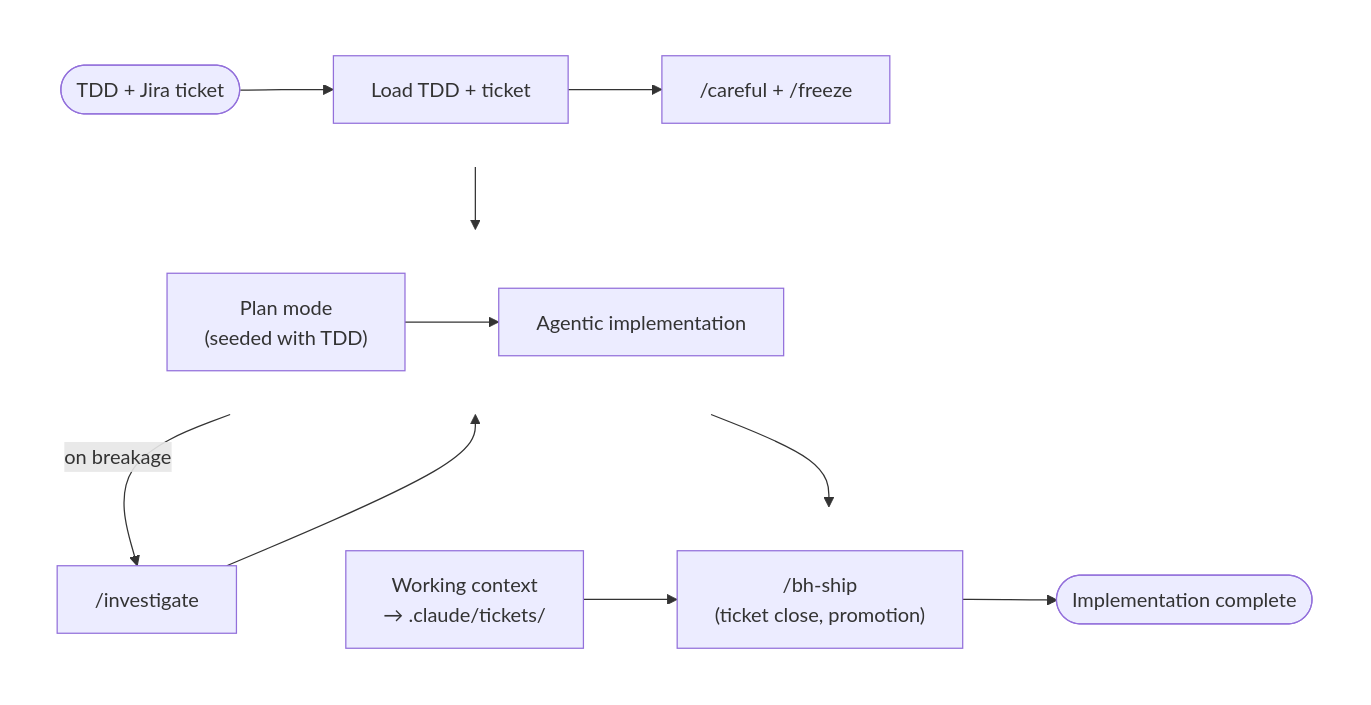
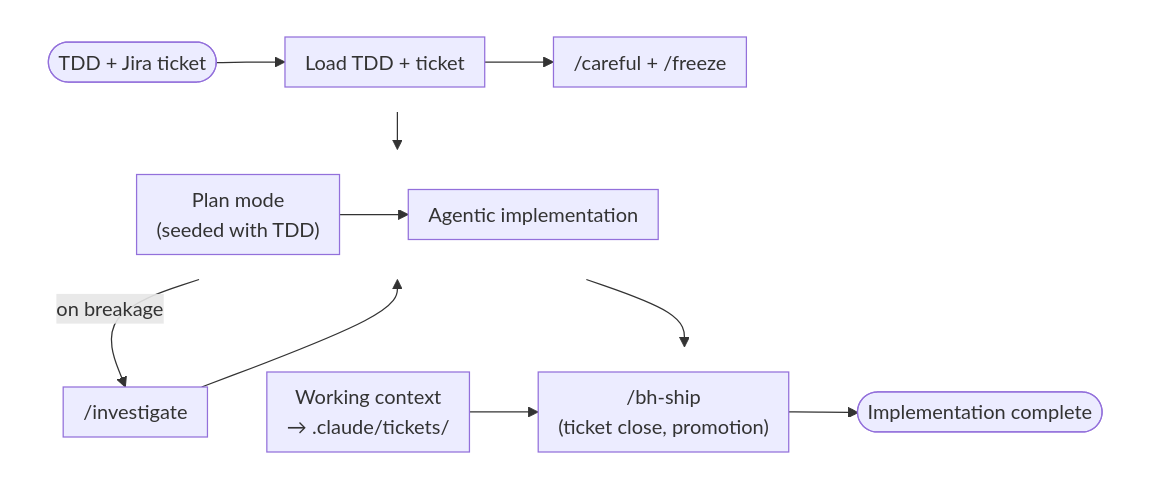
One commit to swbuilderedwards/argus changed the fifth of 6 diagrams in process/engineering-handbook.md. Above: the diagram before and after it, drawn with Mermaid. The commit also changed other lines of this file, not shown here.

First line of the commit message:
docs: clarify per-ticket fan-out and tighten mermaid spacing

````diff
--- a/process/engineering-handbook.md
+++ b/process/engineering-handbook.md
@@ -128,22 +136,23 @@
 ```mermaid
+%%{init: {'flowchart': {'nodeSpacing': 20, 'rankSpacing': 30, 'padding': 8}}}%%
 flowchart TB
   subgraph R1 [" "]
     direction LR
     In([TDD + Jira ticket]) --> A["Load TDD + ticket"] --> B["/careful + /freeze"]
   end
   subgraph R2 [" "]
     direction LR
     C["Plan mode<br/>(seeded with TDD)"] --> D["Agentic implementation"]
   end
   subgraph R3 [" "]
     direction LR
     E["Working context<br/>→ .claude/tickets/"] --> F["/bh-ship<br/>(ticket close, promotion)"] --> Out([Implementation complete])
   end
   B --> C
   D -- "on breakage" --> Inv["/investigate"]
   Inv --> D
   D --> E
   style R1 fill:none,stroke:none
   style R2 fill:none,stroke:none
   style R3 fill:none,stroke:none
 ```
````
